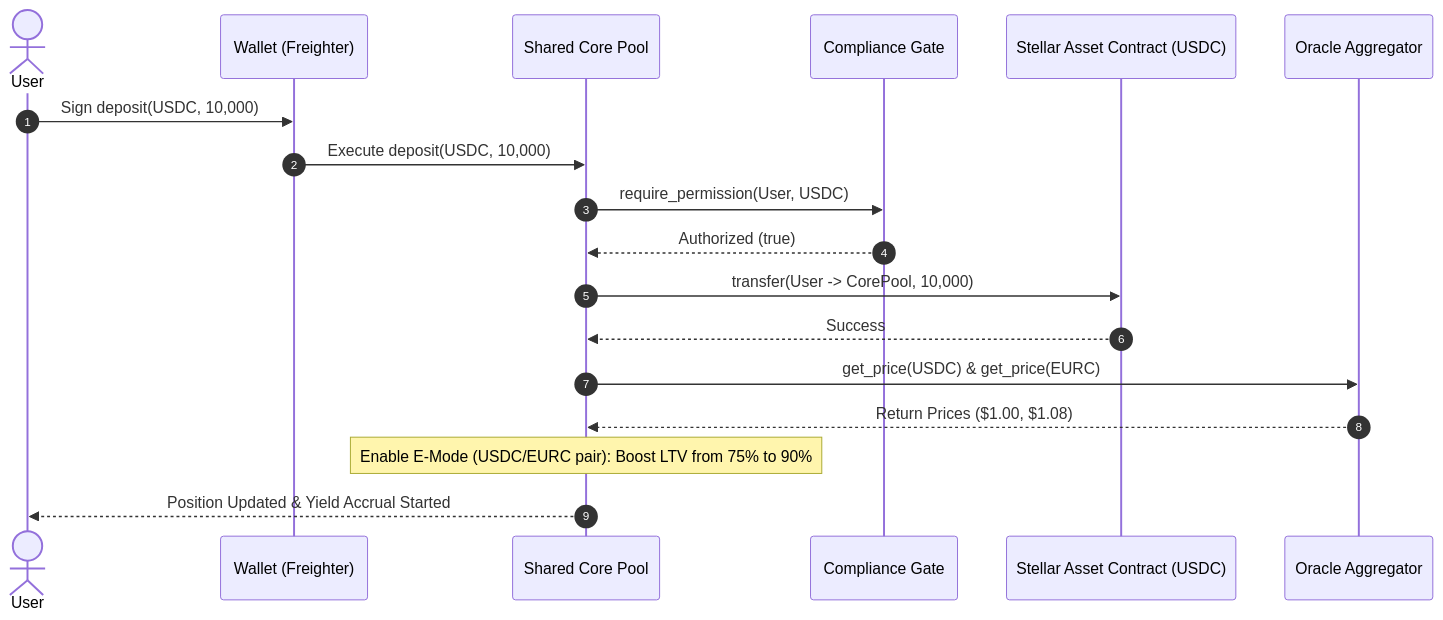
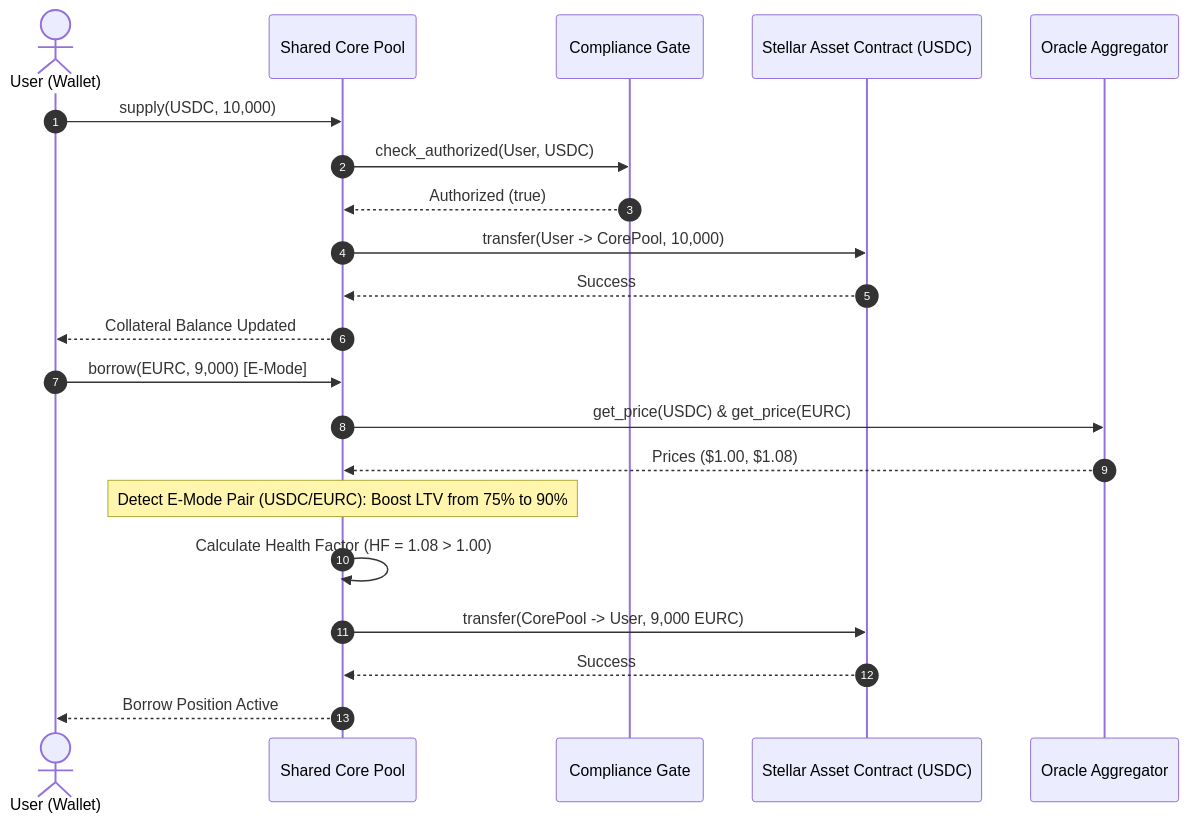
Before and after one commit to mesayanroy/Ergo-Protocol: the first of 3 diagrams in docs/protocol/technical-architecture.md, drawn with Mermaid. The commit also changed other lines of this file and 3 other files, not shown here.

Commit message:
docs: update technical architecture specification for SCF approval

````diff
--- a/docs/protocol/technical-architecture.md
+++ b/docs/protocol/technical-architecture.md
@@ -157,21 +262,25 @@
 ```mermaid
 sequenceDiagram
     autonumber
-    actor User
-    participant Wallet as Wallet (Freighter)
-    participant CorePool as Shared Core Pool
-    participant Compliance as Compliance Gate
+    actor User as User (Wallet)
+    participant Core as Shared Core Pool
+    participant Comp as Compliance Gate
     participant SAC as Stellar Asset Contract (USDC)
     participant Oracle as Oracle Aggregator
 
-    User->>Wallet: Sign deposit(USDC, 10,000)
-    Wallet->>CorePool: Execute deposit(USDC, 10,000)
-    CorePool->>Compliance: require_permission(User, USDC)
-    Compliance-->>CorePool: Authorized (true)
-    CorePool->>SAC: transfer(User -> CorePool, 10,000)
-    SAC-->>CorePool: Success
-    CorePool->>Oracle: get_price(USDC) & get_price(EURC)
-    Oracle-->>CorePool: Return Prices ($1.00, $1.08)
-    Note over CorePool: Enable E-Mode (USDC/EURC pair): Boost LTV from 75% to 90%
-    CorePool-->>User: Position Updated & Yield Accrual Started
+    User->>Core: supply(USDC, 10,000)
+    Core->>Comp: check_authorized(User, USDC)
+    Comp-->>Core: Authorized (true)
+    Core->>SAC: transfer(User -> CorePool, 10,000)
+    SAC-->>Core: Success
+    Core-->>User: Collateral Balance Updated
+
+    User->>Core: borrow(EURC, 9,000) [E-Mode]
+    Core->>Oracle: get_price(USDC) & get_price(EURC)
+    Oracle-->>Core: Prices ($1.00, $1.08)
+    Note over Core: Detect E-Mode Pair (USDC/EURC): Boost LTV from 75% to 90%
+    Core->>Core: Calculate Health Factor (HF = 1.08 > 1.00)
+    Core->>SAC: transfer(CorePool -> User, 9,000 EURC)
+    SAC-->>Core: Success
+    Core-->>User: Borrow Position Active
 ```
````
